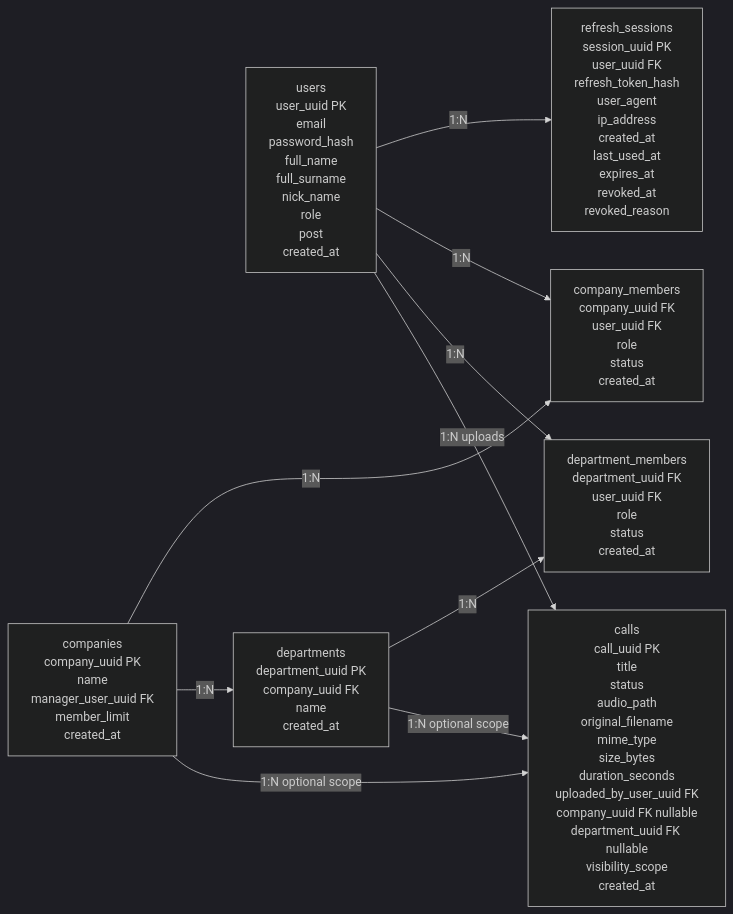
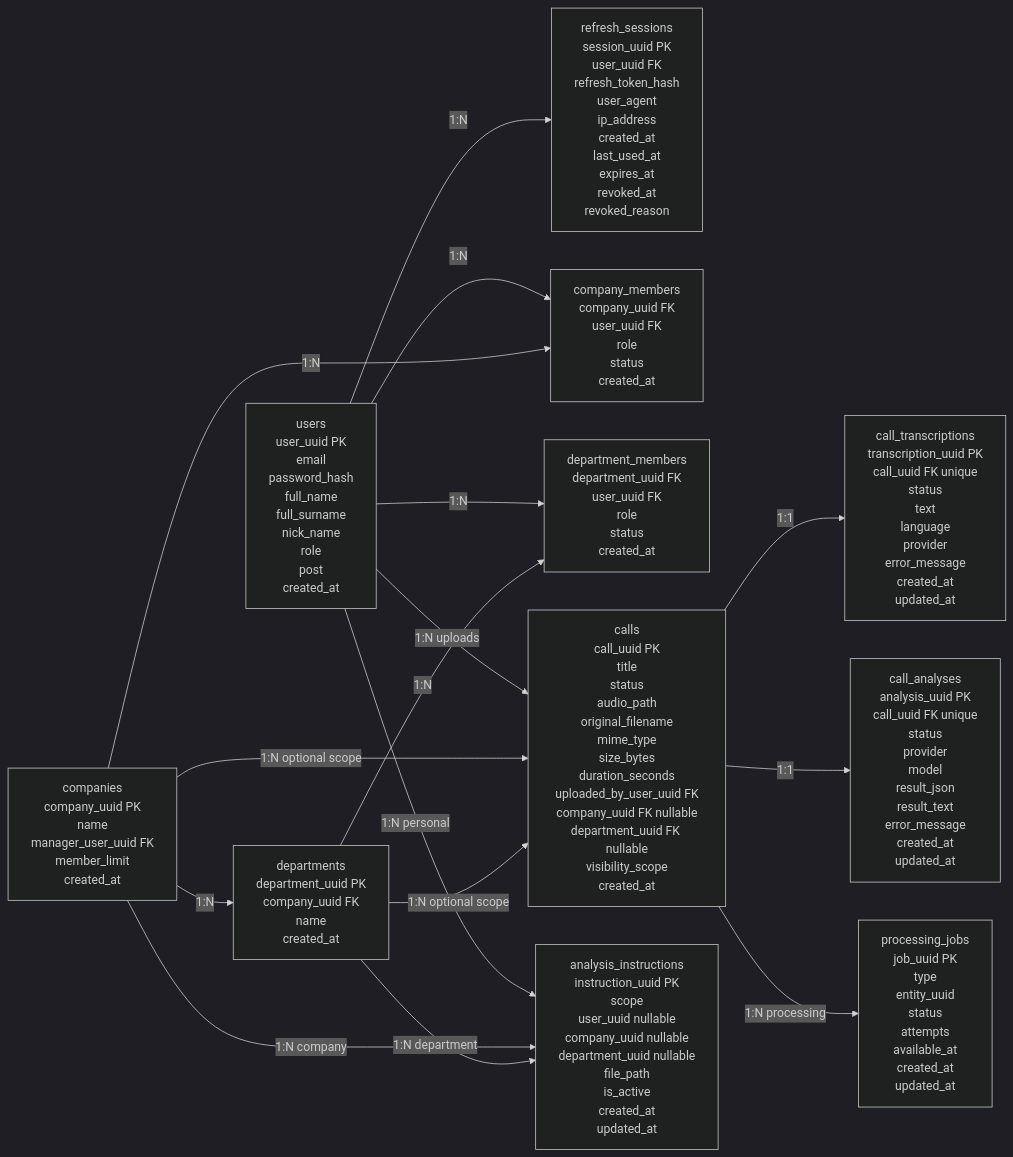
Before and after one commit to SHILOP0P/CallLens: the first of 3 diagrams in Monolit/README.md, drawn with Mermaid (dark theme). The commit also changed other lines of this file and 31 other files, not shown here.

Commit message:
Add mock call analysis flow

````diff
--- a/Monolit/README.md
+++ b/Monolit/README.md
@@ -54,22 +63,34 @@
 ```mermaid
 flowchart LR
     users["users<br/>user_uuid PK<br/>email<br/>password_hash<br/>full_name<br/>full_surname<br/>nick_name<br/>role<br/>post<br/>created_at"]
     refresh_sessions["refresh_sessions<br/>session_uuid PK<br/>user_uuid FK<br/>refresh_token_hash<br/>user_agent<br/>ip_address<br/>created_at<br/>last_used_at<br/>expires_at<br/>revoked_at<br/>revoked_reason"]
     companies["companies<br/>company_uuid PK<br/>name<br/>manager_user_uuid FK<br/>member_limit<br/>created_at"]
     company_members["company_members<br/>company_uuid FK<br/>user_uuid FK<br/>role<br/>status<br/>created_at"]
     departments["departments<br/>department_uuid PK<br/>company_uuid FK<br/>name<br/>created_at"]
     department_members["department_members<br/>department_uuid FK<br/>user_uuid FK<br/>role<br/>status<br/>created_at"]
     calls["calls<br/>call_uuid PK<br/>title<br/>status<br/>audio_path<br/>original_filename<br/>mime_type<br/>size_bytes<br/>duration_seconds<br/>uploaded_by_user_uuid FK<br/>company_uuid FK nullable<br/>department_uuid FK nullable<br/>visibility_scope<br/>created_at"]
+    processing_jobs["processing_jobs<br/>job_uuid PK<br/>type<br/>entity_uuid<br/>status<br/>attempts<br/>available_at<br/>created_at<br/>updated_at"]
+    call_transcriptions["call_transcriptions<br/>transcription_uuid PK<br/>call_uuid FK unique<br/>status<br/>text<br/>language<br/>provider<br/>error_message<br/>created_at<br/>updated_at"]
+    analysis_instructions["analysis_instructions<br/>instruction_uuid PK<br/>scope<br/>user_uuid nullable<br/>company_uuid nullable<br/>department_uuid nullable<br/>file_path<br/>is_active<br/>created_at<br/>updated_at"]
+    call_analyses["call_analyses<br/>analysis_uuid PK<br/>call_uuid FK unique<br/>status<br/>provider<br/>model<br/>result_json<br/>result_text<br/>error_message<br/>created_at<br/>updated_at"]
 
     users -->|"1:N"| refresh_sessions
     users -->|"1:N"| company_members
     users -->|"1:N"| department_members
     users -->|"1:N uploads"| calls
 
     companies -->|"1:N"| company_members
     companies -->|"1:N"| departments
     companies -->|"1:N optional scope"| calls
 
     departments -->|"1:N"| department_members
     departments -->|"1:N optional scope"| calls
+
+    calls -->|"1:1"| call_transcriptions
+    calls -->|"1:1"| call_analyses
+    calls -->|"1:N processing"| processing_jobs
+
+    users -->|"1:N personal"| analysis_instructions
+    companies -->|"1:N company"| analysis_instructions
+    departments -->|"1:N department"| analysis_instructions
 ```
````
